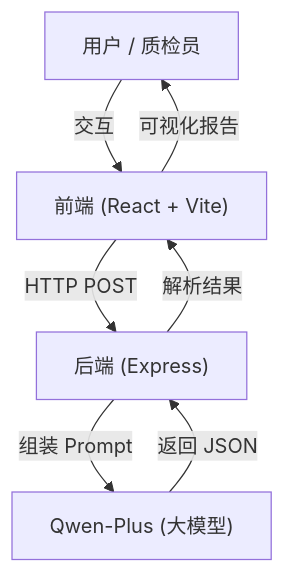
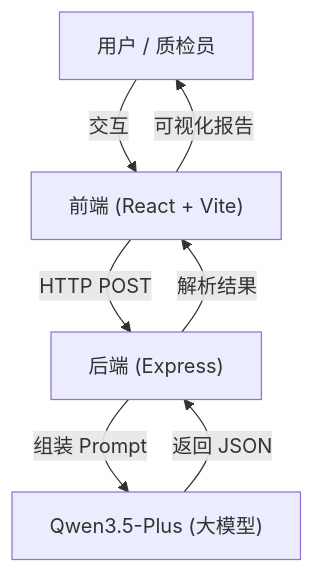
One commit to HuoTaoCN/GovInsight-AI changed the first of 2 diagrams in README.md. Above: the diagram before and after it, drawn with Mermaid. The commit also changed other lines of this file and 8 other files, not shown here.

Commit message:
chore: update Qwen model version to qwen3.5-plus-2026-02-23

````diff
--- a/README.md
+++ b/README.md
@@ -122,9 +122,9 @@
 ```mermaid
 graph TD
     User["用户 / 质检员"] -->|交互| Web["前端 (React + Vite)"]
     Web -->|"HTTP POST"| Server["后端 (Express)"]
-    Server -->|"组装 Prompt"| LLM["Qwen-Plus (大模型)"]
+    Server -->|"组装 Prompt"| LLM["Qwen3.5-Plus (大模型)"]
     LLM -->|"返回 JSON"| Server
     Server -->|"解析结果"| Web
     Web -->|"可视化报告"| User
 ```
````
